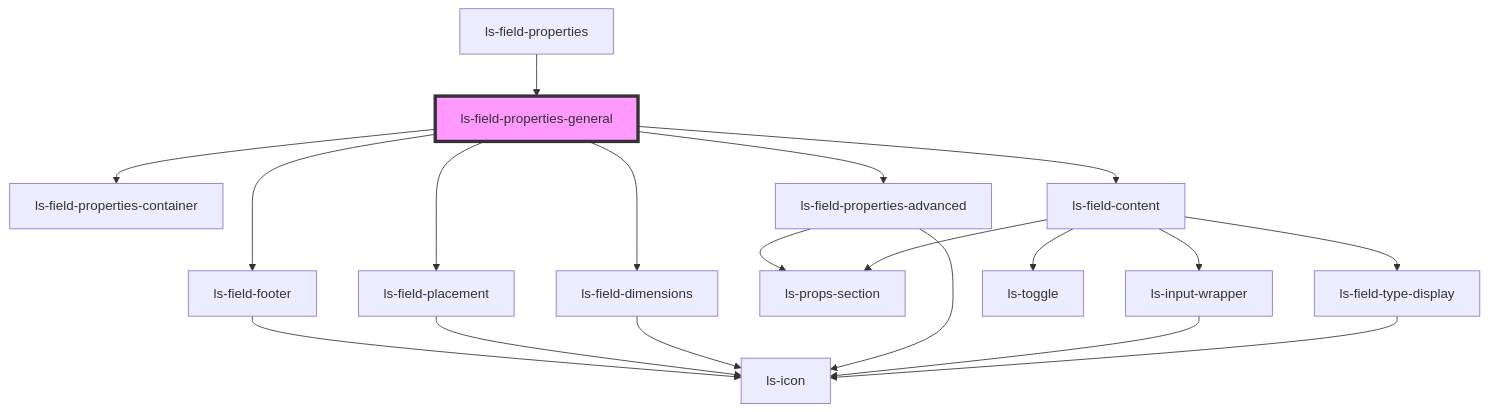
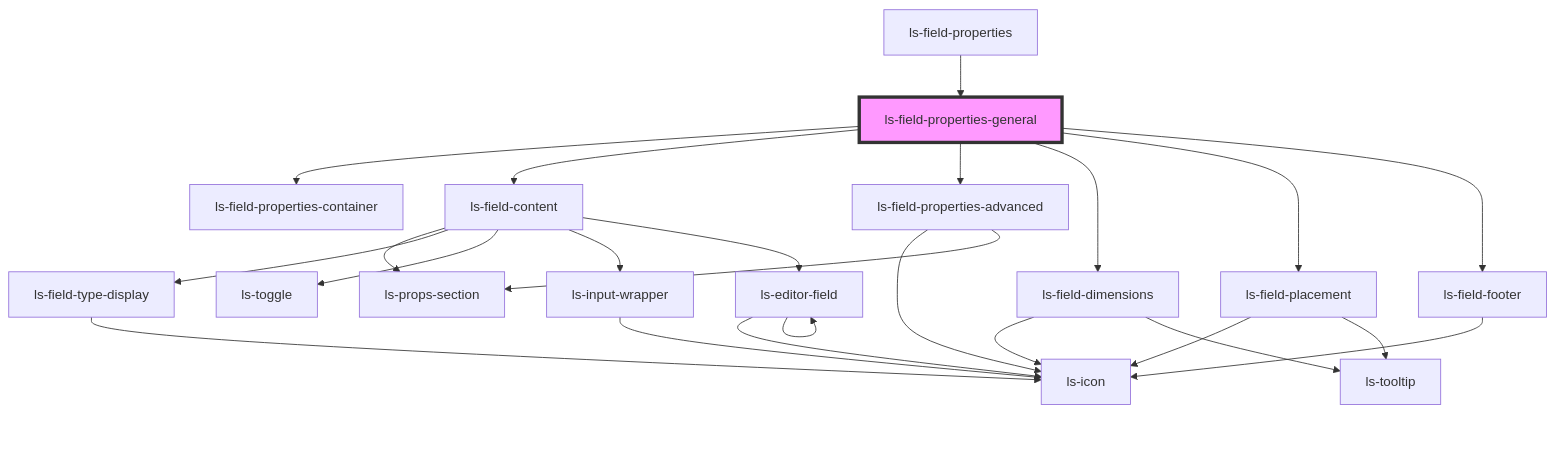
Before and after one commit to legalesign/ls-document-viewer: the diagram in src/components/ls-field-properties-general/readme.md, drawn with Mermaid. The commit also changed 34 other files, not shown here.

````diff
--- a/src/components/ls-field-properties-general/readme.md
+++ b/src/components/ls-field-properties-general/readme.md
@@ -31,22 +31,27 @@
 ```mermaid
 graph TD;
   ls-field-properties-general --> ls-field-properties-container
   ls-field-properties-general --> ls-field-content
   ls-field-properties-general --> ls-field-properties-advanced
   ls-field-properties-general --> ls-field-dimensions
   ls-field-properties-general --> ls-field-placement
   ls-field-properties-general --> ls-field-footer
   ls-field-content --> ls-props-section
   ls-field-content --> ls-field-type-display
   ls-field-content --> ls-toggle
   ls-field-content --> ls-input-wrapper
+  ls-field-content --> ls-editor-field
   ls-field-type-display --> ls-icon
   ls-input-wrapper --> ls-icon
+  ls-editor-field --> ls-icon
+  ls-editor-field --> ls-editor-field
   ls-field-properties-advanced --> ls-icon
   ls-field-properties-advanced --> ls-props-section
   ls-field-dimensions --> ls-icon
+  ls-field-dimensions --> ls-tooltip
   ls-field-placement --> ls-icon
+  ls-field-placement --> ls-tooltip
   ls-field-footer --> ls-icon
   ls-field-properties --> ls-field-properties-general
   style ls-field-properties-general fill:#f9f,stroke:#333,stroke-width:4px
 ```
````
